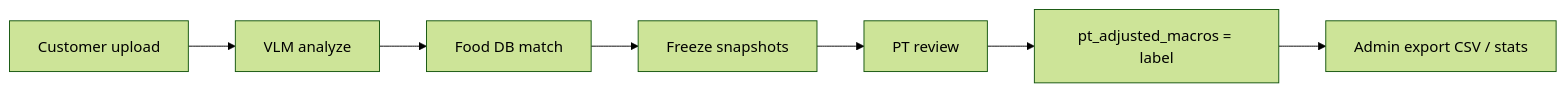
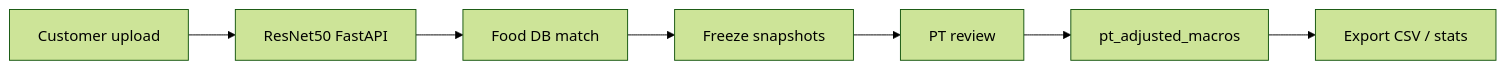
One commit to datctdev/nutrican changed the diagram in docs/RESEARCH.md. Above: the diagram before and after it, drawn with Mermaid (forest theme). The commit also changed other lines of this file and 67 other files, not shown here.

Commit message:
update research revert to fastAPI

````diff
--- a/docs/RESEARCH.md
+++ b/docs/RESEARCH.md
@@ -99,9 +86,9 @@
 ```mermaid
 flowchart LR
-    A[Customer upload] --> B[VLM analyze]
+    A[Customer upload] --> B[ResNet50 FastAPI]
     B --> C[Food DB match]
     C --> D[Freeze snapshots]
     D --> E[PT review]
-    E --> F[pt_adjusted_macros = label]
-    F --> G[Admin export CSV / stats]
+    E --> F[pt_adjusted_macros]
+    F --> G[Export CSV / stats]
 ```
````
